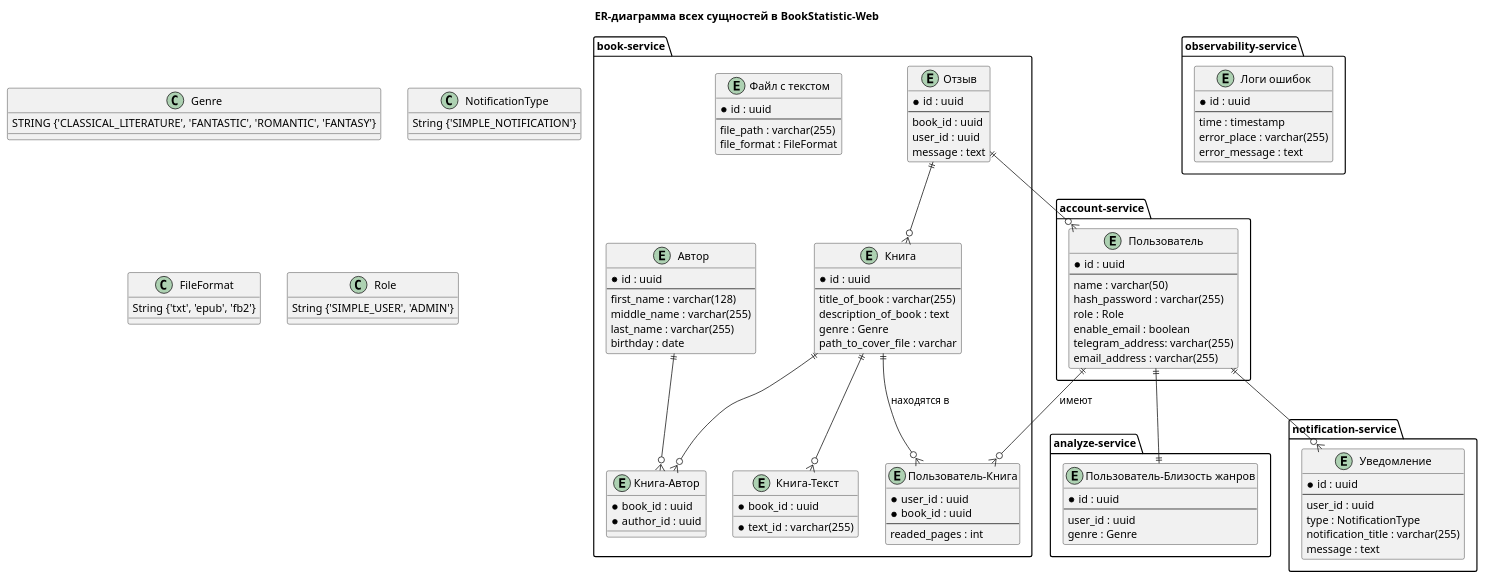
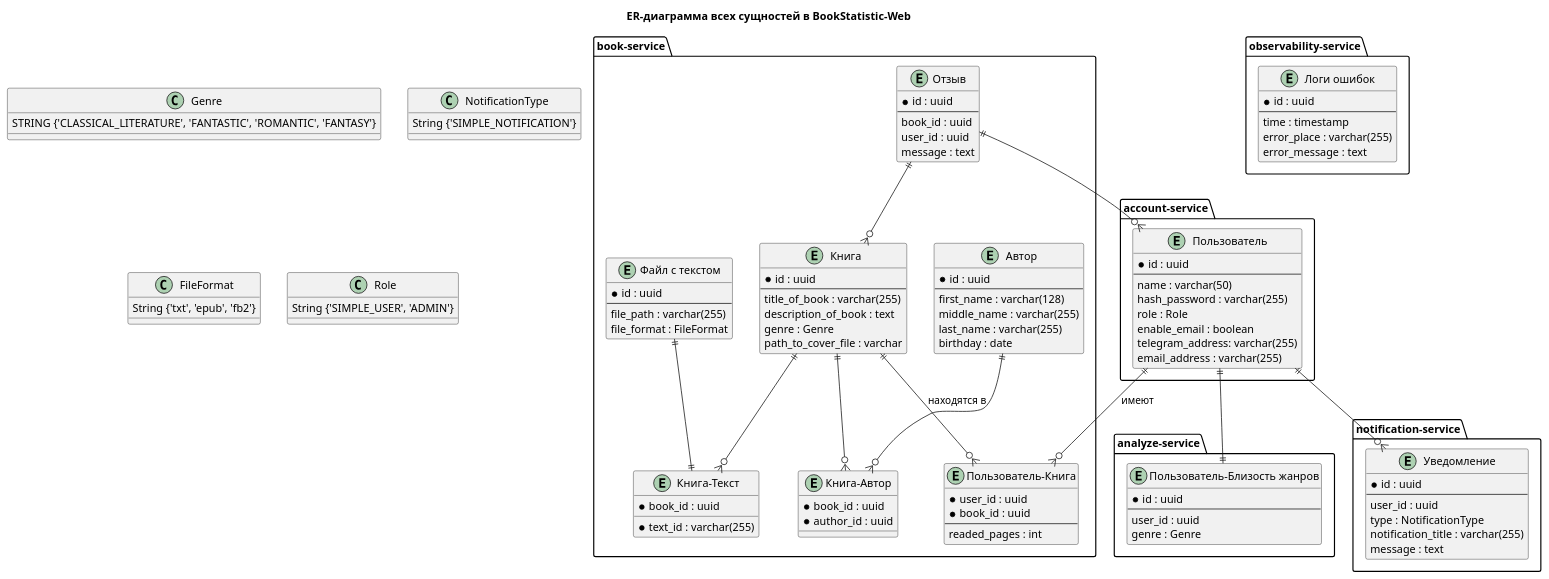
One commit to Jb192101/BookStatistic-Web changed the diagram in documentation/ER-diagramm.puml. Above: the diagram before and after it, drawn with PlantUML. The commit also changed 23 other files, not shown here.

```diff
--- a/documentation/ER-diagramm.puml
+++ b/documentation/ER-diagramm.puml
@@ -1,118 +1,119 @@
 @startuml
 
 title ER-диаграмма всех сущностей в BookStatistic-Web
 
 package "account-service" {
     entity "Пользователь" as user {
         *id : uuid
         ---
         name : varchar(50)
         hash_password : varchar(255)
         role : Role
         enable_email : boolean
         telegram_address: varchar(255)
         email_address : varchar(255)
     }
 }
 
 package "book-service" {
     entity "Пользователь-Книга" as user_book {
         *user_id : uuid
         *book_id : uuid
         ---
         readed_pages : int
     }
 
     entity "Отзыв" as response {
         *id : uuid
         ---
         book_id : uuid
         user_id : uuid
         message : text
     }
 
     entity "Книга-Автор" as book_author {
         *book_id : uuid
         *author_id : uuid
     }
 
     entity "Книга" as book {
         *id : uuid
         ---
         title_of_book : varchar(255)
         description_of_book : text
         genre : Genre
         path_to_cover_file : varchar
     }
 
     ' Текст будет храниться в S3
     entity "Книга-Текст" as book_text {
         *text_id : varchar(255)
         *book_id : uuid
     }
 
     entity "Файл с текстом" as text_file {
         *id : uuid
         ---
         file_path : varchar(255)
         file_format : FileFormat
     }
 
     entity "Автор" as author {
         *id : uuid
         ---
         first_name : varchar(128)
         middle_name : varchar(255)
         last_name : varchar(255)
         birthday : date
     }
 }
 
 package "analyze-service" {
     entity "Пользователь-Близость жанров" as user_genre_preferences {
         *id : uuid
         ---
         user_id : uuid
         genre : Genre
     }
 }
 
 package "notification-service" {
     entity "Уведомление" as notification {
         *id : uuid
         ---
         user_id : uuid
         type : NotificationType
         notification_title : varchar(255)
         message : text
     }
 }
 
 package "observability-service" {
     entity "Логи ошибок" as error_logs {
         *id : uuid
         ---
         time : timestamp
         error_place : varchar(255)
         error_message : text
     }
 }
 
 ' Типы данных
 Genre : STRING {'CLASSICAL_LITERATURE', 'FANTASTIC', 'ROMANTIC', 'FANTASY'}
 NotificationType : String {'SIMPLE_NOTIFICATION'}
 FileFormat : String {'txt', 'epub', 'fb2'}
 Role : String {'SIMPLE_USER', 'ADMIN'}
 
 ' Связи
 user ||--o{ user_book : "имеют"
 book ||--o{ user_book : "находятся в"
 user ||--|| user_genre_preferences
 book ||--o{ book_author
 author ||--o{ book_author
 book ||--o{ book_text
 response ||--o{ user
 response ||--o{ book
 user ||--o{ notification
+text_file ||--|| book_text
 
 @enduml
```
